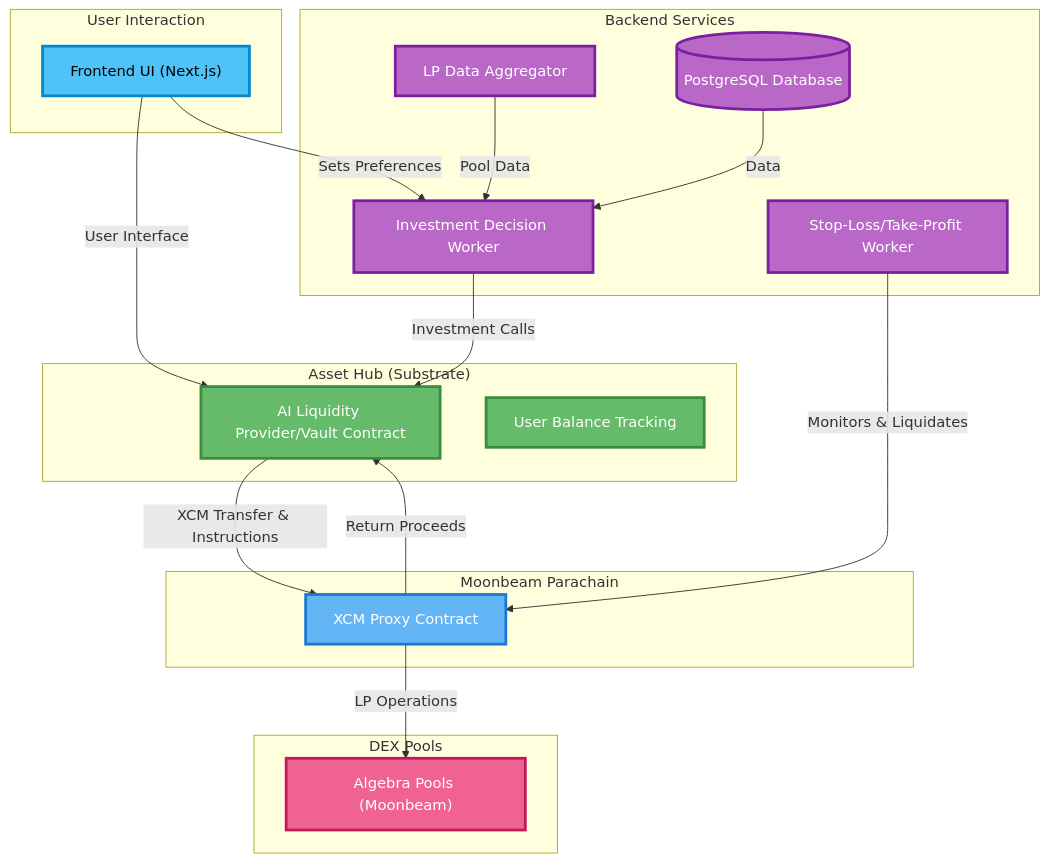
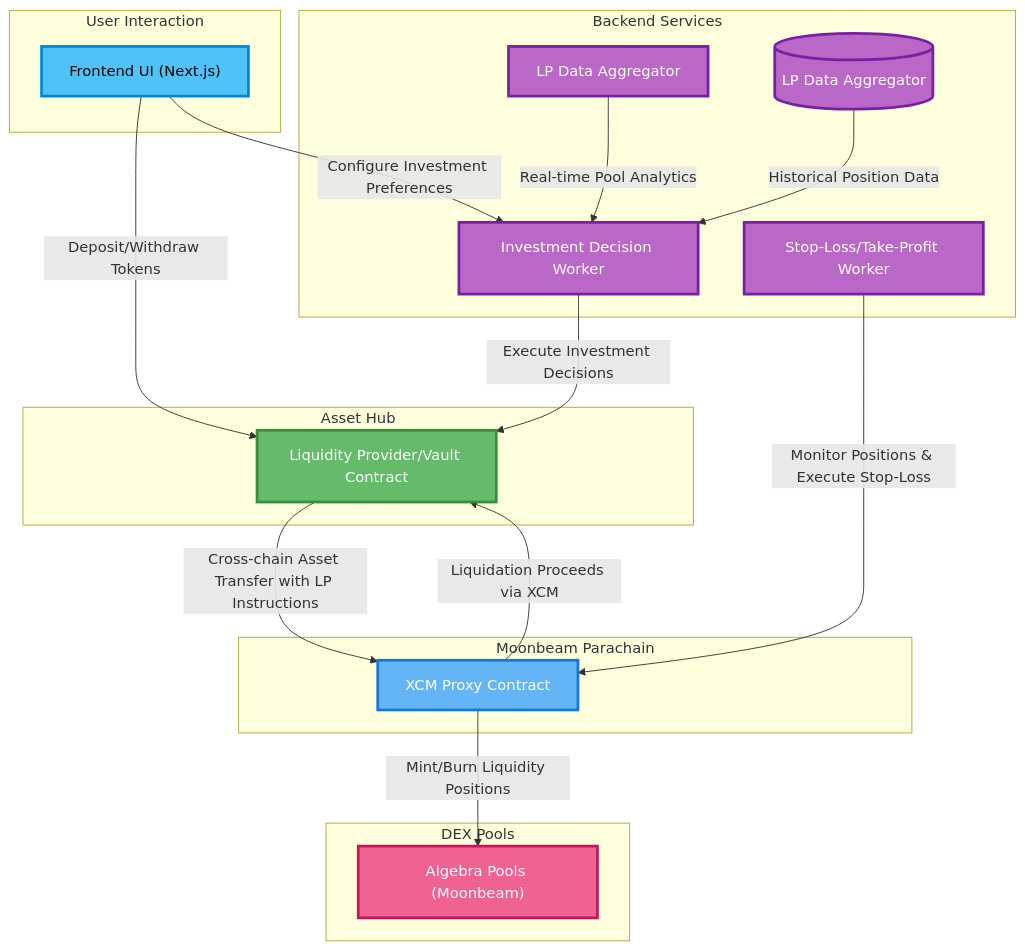
Before and after one commit to w3f/Grants-Program: the diagram in applications/LiquiDot.md, drawn with Mermaid.

Commit message:
Refactor

````diff
--- a/applications/LiquiDot.md
+++ b/applications/LiquiDot.md
@@ -29,51 +29,50 @@
 ```mermaid
 graph TB
     subgraph User["User Interaction"]
         Frontend["Frontend UI (Next.js)"]
     end
 
     subgraph Backend["Backend Services"]
         PoolAnalytics["LP Data Aggregator"]
         IDWorker["Investment Decision Worker"]
         StopLossWorker["Stop-Loss/Take-Profit Worker"]
-        PostgreSQL[(PostgreSQL Database)]
+        PostgreSQL[(LP Data Aggregator)]
     end
 
-    subgraph AssetHub["Asset Hub (Substrate)"]
-        AssetsPallet["AI Liquidity Provider/Vault Contract"]
-        UserBalances["User Balance Tracking"]
+    subgraph AssetHub["Asset Hub"]
+        AssetsPallet["Liquidity Provider/Vault Contract"]
     end
 
     subgraph Moonbeam["Moonbeam Parachain"]
         XCMProxy["XCM Proxy Contract"]
     end
 
     subgraph DEXes["DEX Pools"]
         AlgebraPools["Algebra Pools (Moonbeam)"]
     end
 
-    Frontend -->|User Interface| AssetsPallet
-    Frontend -->|Sets Preferences| IDWorker
+    Frontend -->|Deposit/Withdraw Tokens| AssetsPallet
+    Frontend -->|Configure Investment Preferences| IDWorker
 
-    PostgreSQL -->|Data| IDWorker
-    PoolAnalytics -->|Pool Data| IDWorker
-    IDWorker -->|Investment Calls| AssetsPallet
+    PostgreSQL -->|Historical Position Data| IDWorker
+    PoolAnalytics -->|Real-time Pool Analytics| IDWorker
+    IDWorker -->|Execute Investment Decisions| AssetsPallet
 
-    AssetsPallet -->|XCM Transfer & Instructions| XCMProxy
-    XCMProxy -->|LP Operations| AlgebraPools
-    XCMProxy -->|Return Proceeds| AssetsPallet
+    AssetsPallet -->|Cross-chain Asset Transfer with LP Instructions| XCMProxy
+    XCMProxy -->|Mint/Burn Liquidity Positions| AlgebraPools
+    XCMProxy -->|Liquidation Proceeds via XCM| AssetsPallet
 
-    StopLossWorker -->|Monitors & Liquidates| XCMProxy
+    StopLossWorker -->|Monitor Positions & Execute Stop-Loss| XCMProxy
 
     classDef userLayer fill:#4fc3f7,stroke:#0288d1,stroke-width:3px,color:#000
     classDef backendLayer fill:#ba68c8,stroke:#7b1fa2,stroke-width:3px,color:#fff
     classDef assetHubLayer fill:#66bb6a,stroke:#388e3c,stroke-width:3px,color:#fff
     classDef moonbeamLayer fill:#64b5f6,stroke:#1976d2,stroke-width:3px,color:#fff
     classDef dexLayer fill:#f06292,stroke:#c2185b,stroke-width:3px,color:#fff
 
     class Frontend userLayer
     class PoolAnalytics,IDWorker,StopLossWorker,PostgreSQL backendLayer
-    class AssetsPallet,UserBalances assetHubLayer
+    class AssetsPallet assetHubLayer
     class XCMProxy moonbeamLayer
     class AlgebraPools dexLayer
 ```
````
